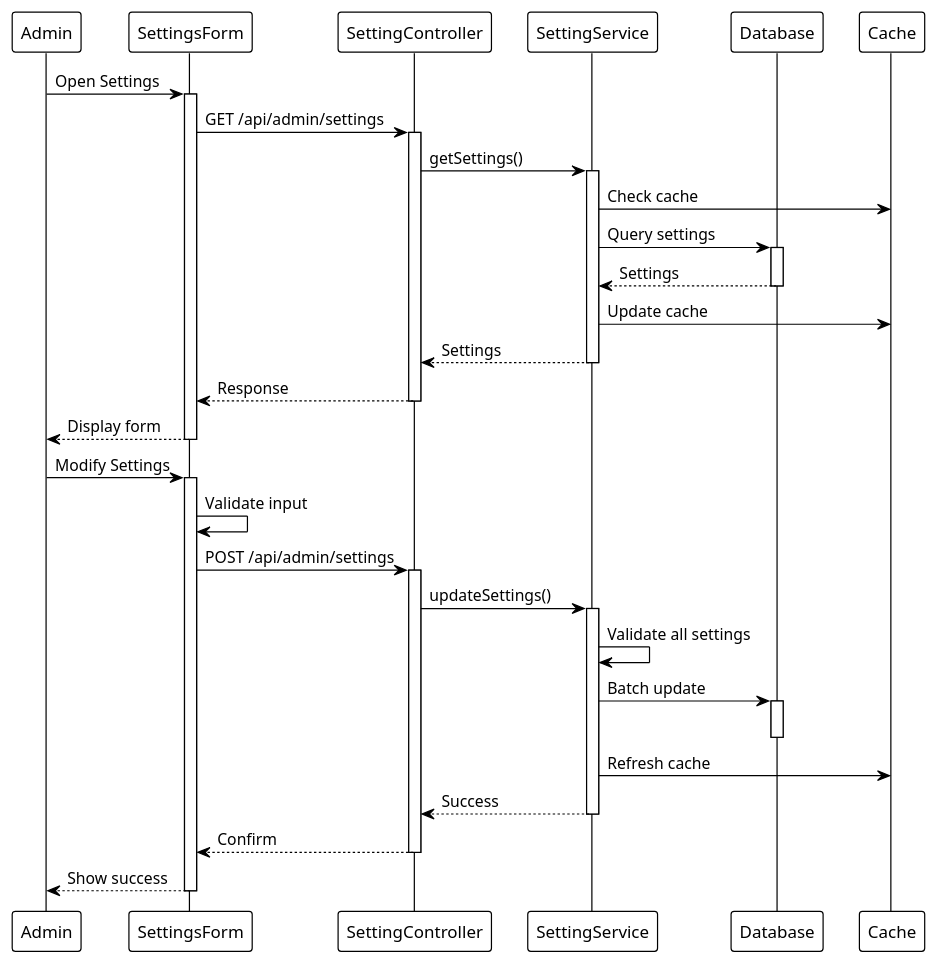
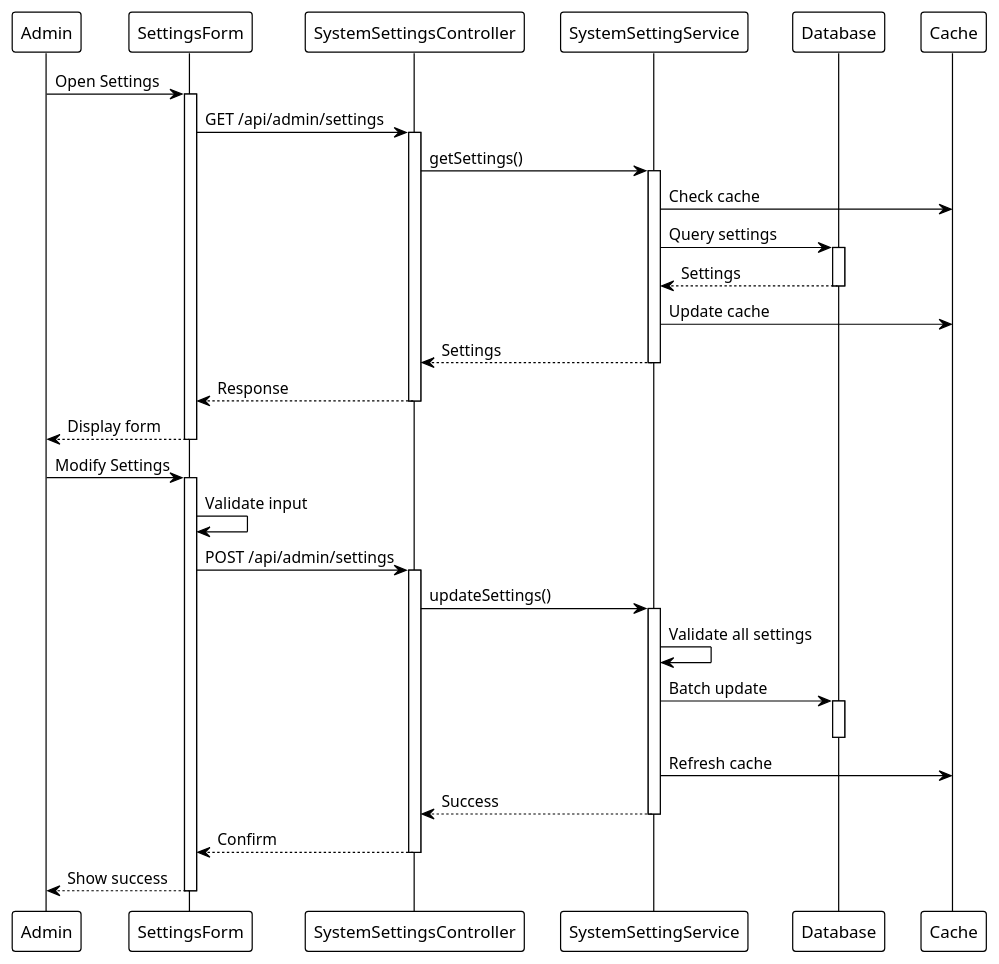
Diagram 29 of 29 in Capstone Files/Module2.md (lawas-tess/SPMP-Evaluator), drawn with PlantUML before and after one commit. The commit also changed other lines of this file and 8 other files, not shown here.

Commit message:
Add AI integration architecture docs, PlantUML diagrams, and presentation script; Update modules with hybrid AI approach; Switch to Amazon Nova model with timeout protection

````diff
--- a/Capstone Files/Module2.md
+++ b/Capstone Files/Module2.md
@@ -2755,49 +2942,49 @@
 ```plantuml
 @startuml SystemSettings_Sequence
 !theme plain
 participant "Admin" as Admin
 participant "SettingsForm" as UI
-participant "SettingController" as Ctrl
-participant "SettingService" as Service
+participant "SystemSettingsController" as Ctrl
+participant "SystemSettingService" as Service
 participant "Database" as DB
 participant "Cache" as Cache
 
 Admin -> UI: Open Settings
 activate UI
 UI -> Ctrl: GET /api/admin/settings
 activate Ctrl
 Ctrl -> Service: getSettings()
 activate Service
 Service -> Cache: Check cache
 Service -> DB: Query settings
 activate DB
 DB --> Service: Settings
 deactivate DB
 Service -> Cache: Update cache
 Service --> Ctrl: Settings
 deactivate Service
 Ctrl --> UI: Response
 deactivate Ctrl
 UI --> Admin: Display form
 deactivate UI
 
 Admin -> UI: Modify Settings
 activate UI
 UI -> UI: Validate input
 UI -> Ctrl: POST /api/admin/settings
 activate Ctrl
 Ctrl -> Service: updateSettings()
 activate Service
 Service -> Service: Validate all settings
 Service -> DB: Batch update
 activate DB
 deactivate DB
 Service -> Cache: Refresh cache
 Service --> Ctrl: Success
 deactivate Service
 Ctrl --> UI: Confirm
 deactivate Ctrl
 UI --> Admin: Show success
 deactivate UI
 @enduml
 ```
````
